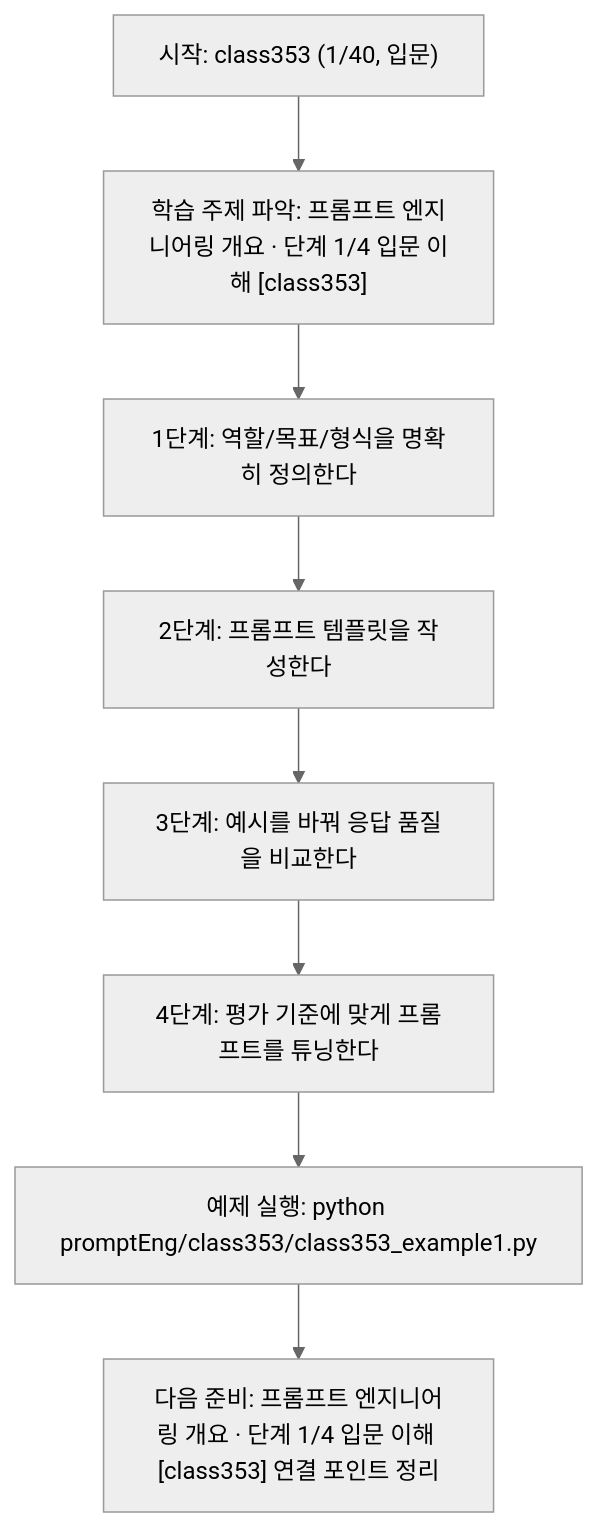
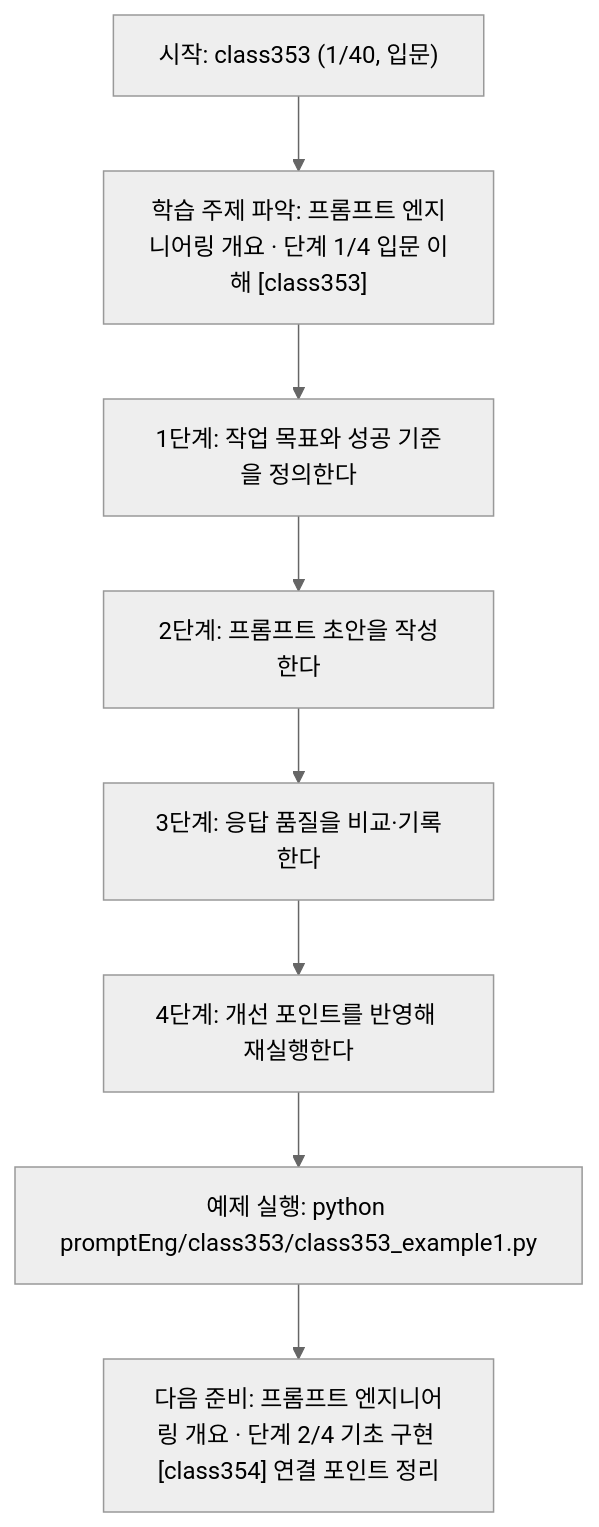
Before and after one commit to edumgt/Python-AI_Agent-Class: the diagram in promptEng/class353/class353.md, drawn with Mermaid (neutral theme). The commit also changed other lines of this file and 283 other files, not shown here.

````diff
--- a/promptEng/class353/class353.md
+++ b/promptEng/class353/class353.md
@@ -110,18 +91,18 @@
 ```mermaid
 flowchart TD
 N1["시작: class353 (1/40, 입문)"]
 N2["학습 주제 파악: 프롬프트 엔지니어링 개요 · 단계 1/4 입문 이해 [class353]"]
-N3["1단계: 역할/목표/형식을 명확히 정의한다"]
-N4["2단계: 프롬프트 템플릿을 작성한다"]
-N5["3단계: 예시를 바꿔 응답 품질을 비교한다"]
-N6["4단계: 평가 기준에 맞게 프롬프트를 튜닝한다"]
+N3["1단계: 작업 목표와 성공 기준을 정의한다"]
+N4["2단계: 프롬프트 초안을 작성한다"]
+N5["3단계: 응답 품질을 비교·기록한다"]
+N6["4단계: 개선 포인트를 반영해 재실행한다"]
 N7["예제 실행: python promptEng/class353/class353_example1.py"]
-N8["다음 준비: 프롬프트 엔지니어링 개요 · 단계 1/4 입문 이해 [class353] 연결 포인트 정리"]
+N8["다음 준비: 프롬프트 엔지니어링 개요 · 단계 2/4 기초 구현 [class354] 연결 포인트 정리"]
 N1 --> N2
 N2 --> N3
 N3 --> N4
 N4 --> N5
 N5 --> N6
 N6 --> N7
 N7 --> N8
 ```
````
